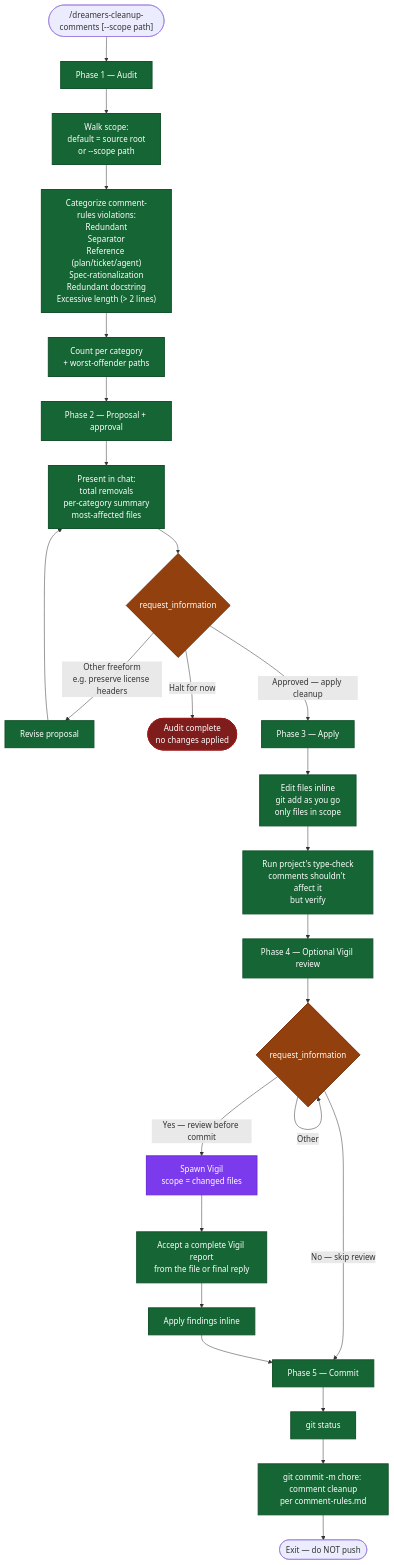
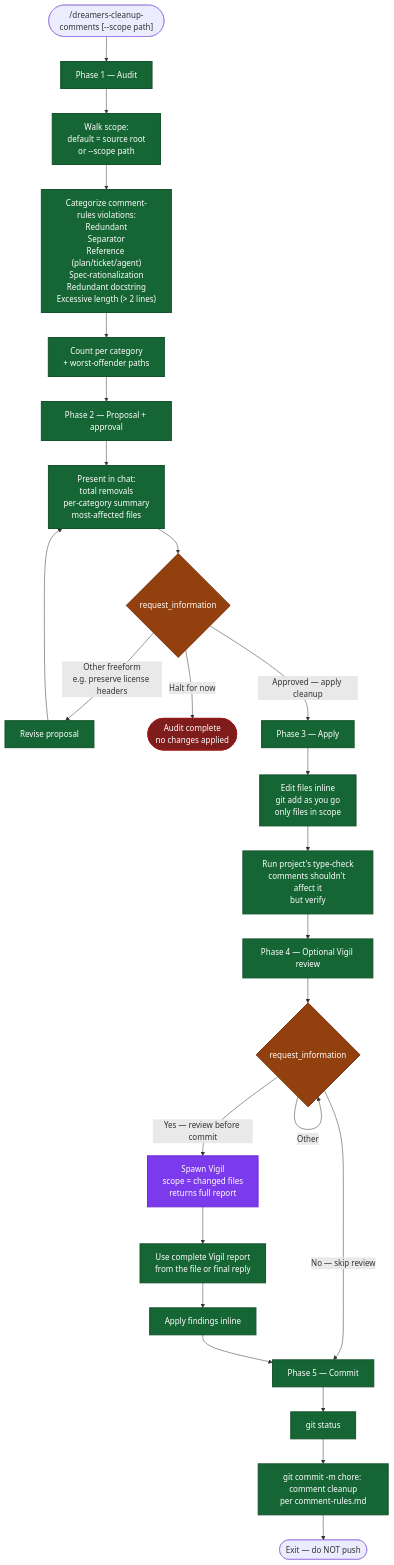
One commit to mrStorrs/dreamers-copilot changed the diagram in .github/skills/dreamers-cleanup-comments/readme.md. Above: the diagram before and after it, drawn with Mermaid. The commit also changed other lines of this file and 27 other files, not shown here.

````diff
--- a/.github/skills/dreamers-cleanup-comments/readme.md
+++ b/.github/skills/dreamers-cleanup-comments/readme.md
@@ -5,42 +5,42 @@
 ```mermaid
 flowchart TD
     Start(["/dreamers-cleanup-comments [--scope path]"]) --> P1
 
     P1["Phase 1 — Audit"] --> Walk["Walk scope:<br/>default = source root<br/>or --scope path"]
     Walk --> Categorize["Categorize comment-rules violations:<br/>Redundant<br/>Separator<br/>Reference (plan/ticket/agent)<br/>Spec-rationalization<br/>Redundant docstring<br/>Excessive length (> 2 lines)"]
     Categorize --> CountReport["Count per category<br/>+ worst-offender paths"]
     CountReport --> P2
 
     P2["Phase 2 — Proposal + approval"] --> Propose["Present in chat:<br/>total removals<br/>per-category summary<br/>most-affected files"]
     Propose --> ApprovalGate{"request_information"}
     ApprovalGate -->|"Other freeform<br/>e.g. preserve license headers"| Revise["Revise proposal"]
     Revise --> Propose
     ApprovalGate -->|Halt for now| HaltA(["Audit complete<br/>no changes applied"])
     ApprovalGate -->|Approved — apply cleanup| P3
 
     P3["Phase 3 — Apply"] --> Apply["Edit files inline<br/>git add as you go<br/>only files in scope"]
     Apply --> TypeCheck["Run project's type-check<br/>comments shouldn't affect it<br/>but verify"]
     TypeCheck --> P4
 
     P4["Phase 4 — Optional Vigil review"] --> ReviewGate{"request_information"}
     ReviewGate -->|Other| ReviewGate
     ReviewGate -->|No — skip review| P5
-    ReviewGate -->|Yes — review before commit| SpawnVigil["Spawn Vigil<br/>scope = changed files"]
-    SpawnVigil --> CollectReview["Accept a complete Vigil report<br/>from the file or final reply"]
-    CollectReview --> ApplyFindings["Apply findings inline"]
+    ReviewGate -->|Yes — review before commit| SpawnVigil["Spawn Vigil<br/>scope = changed files<br/>returns full report"]
+    SpawnVigil --> ReadArtifact["Use complete Vigil report<br/>from the file or final reply"]
+    ReadArtifact --> ApplyFindings["Apply findings inline"]
     ApplyFindings --> P5
 
     P5["Phase 5 — Commit"] --> Status["git status"]
     Status --> Commit["git commit -m chore: comment cleanup<br/>per comment-rules.md"]
     Commit --> End(["Exit — do NOT push"])
 
     classDef gate fill:#92400e,stroke:#78350f,stroke-width:2px,color:#fff
     classDef halt fill:#7f1d1d,stroke:#991b1b,stroke-width:2px,color:#fff
     classDef phase fill:#166534,stroke:#14532d,stroke-width:2px,color:#fff
     classDef agent fill:#7c3aed,stroke:#6d28d9,stroke-width:2px,color:#fff
 
     class ApprovalGate,ReviewGate gate
     class HaltA halt
     class SpawnVigil agent
-    class P1,P2,P3,P4,P5,Walk,Categorize,CountReport,Propose,Revise,Apply,TypeCheck,CollectReview,ApplyFindings,Status,Commit phase
+    class P1,P2,P3,P4,P5,Walk,Categorize,CountReport,Propose,Revise,Apply,TypeCheck,ReadArtifact,ApplyFindings,Status,Commit phase
 ```
````
